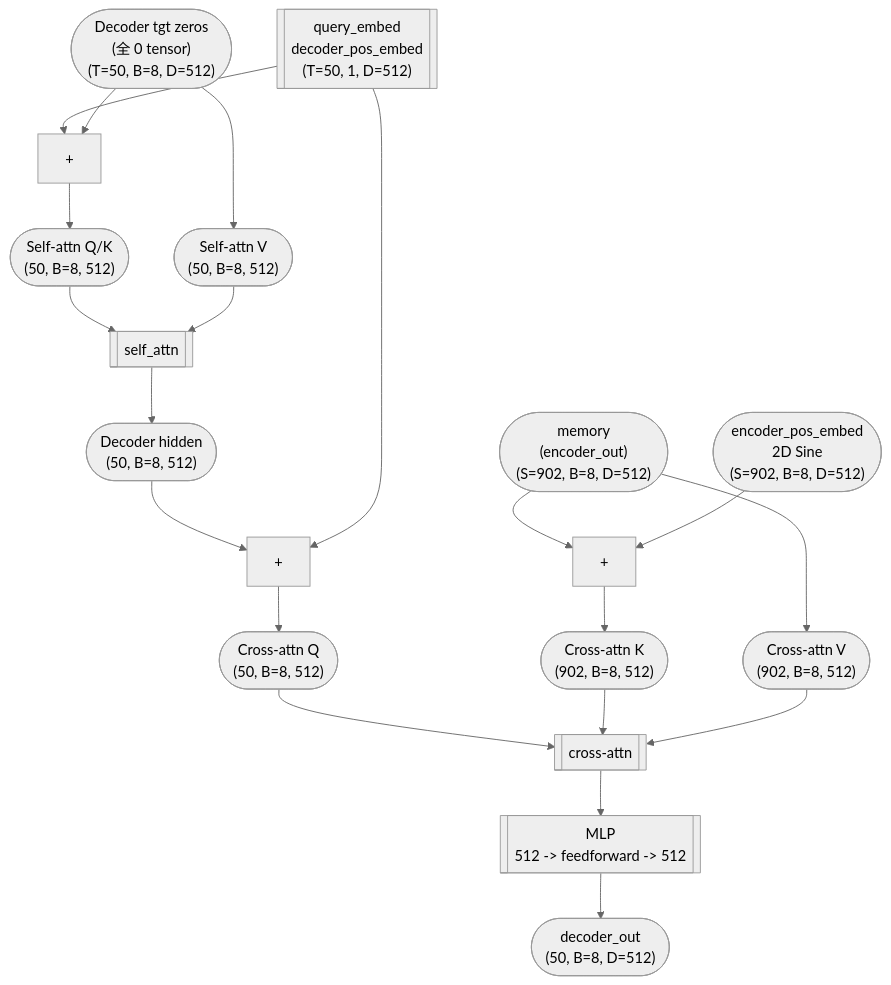
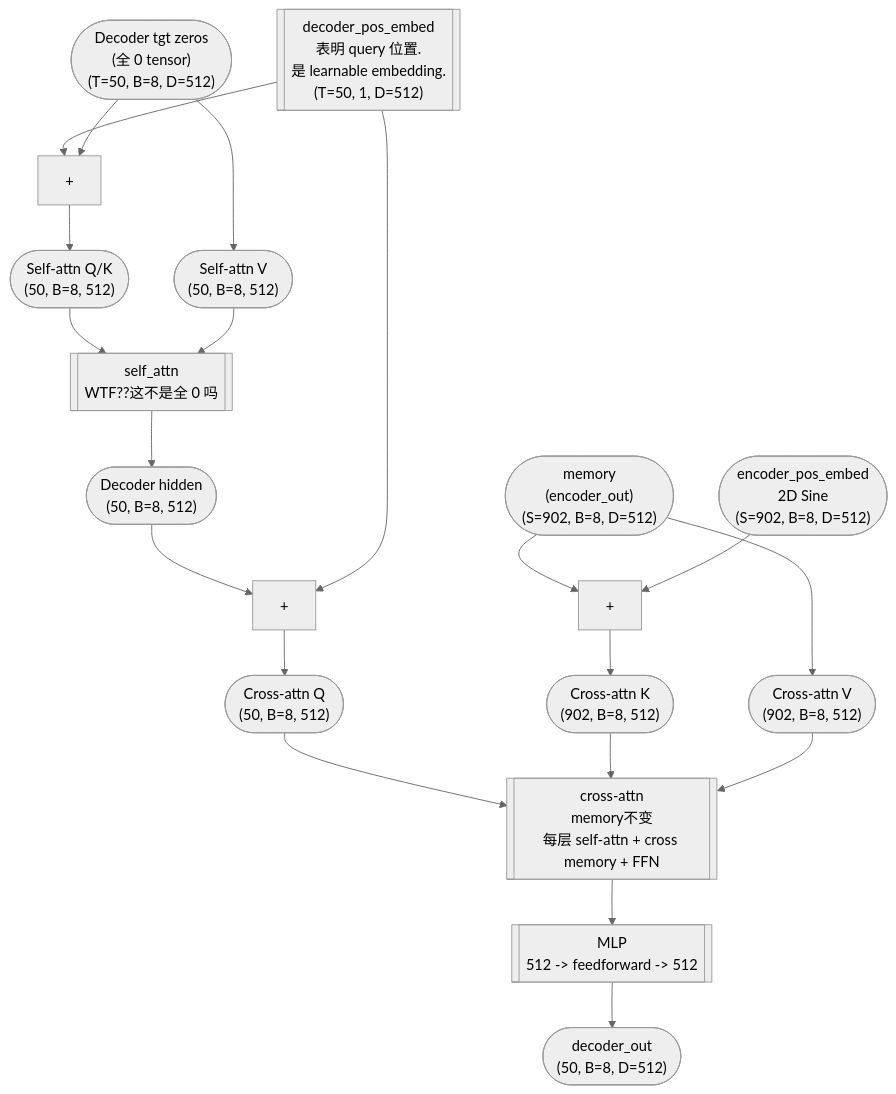
The third of 3 diagrams in 25/01/act.md (julyfun/how-to), drawn with Mermaid (neutral theme) before and after one commit.

Commit message:
M 25/01/act.md

````diff
--- a/25/01/act.md
+++ b/25/01/act.md
@@ -128,26 +128,26 @@
 ```mermaid
 flowchart TD
     tgt(["Decoder tgt zeros<br>(全 0 tensor)<br>(T=50, B=8, D=512)"])
-    query[["query_embed<br/>decoder_pos_embed<br/>(T=50, 1, D=512)"]] --> selfqk["+"]
+    query[["decoder_pos_embed<br>表明 query 位置.<br>是 learnable embedding.<br>(T=50, 1, D=512)"]] --> selfqk["+"]
     tgt --> selfqk
     selfqk --> selfq(["Self-attn Q/K<br/>(50, B=8, 512)"])
     tgt --> selfv(["Self-attn V<br/>(50, B=8, 512)"])
-    selfq --> selfattn[["self_attn"]]
+    selfq --> selfattn[["self_attn<br>WTF??这不是全 0 吗"]]
     selfv --> selfattn
     selfattn --> x1(["Decoder hidden<br/>(50, B=8, 512)"])
 
     x1 --> crossqadd["+"]
     query --> crossqadd
     crossqadd --> crossq(["Cross-attn Q<br/>(50, B=8, 512)"])
 
     mem(["memory<br/>(encoder_out)<br/>(S=902, B=8, D=512)"]) --> crosskadd["+"]
     pos(["encoder_pos_embed<br>2D Sine<br>(S=902, B=8, D=512)"]) --> crosskadd
     crosskadd --> crossk(["Cross-attn K<br/>(902, B=8, 512)"])
     mem --> crossv(["Cross-attn V<br/>(902, B=8, 512)"])
 
-    crossq --> crossattn[["cross-attn"]]
+    crossq --> crossattn[["cross-attn<br>memory不变<br>每层 self-attn + cross memory + FFN"]]
     crossk --> crossattn
     crossv --> crossattn
     crossattn --> ff[["MLP<br/>512 -> feedforward -> 512"]]
     ff --> out(["decoder_out<br/>(50, B=8, D=512)"])
 ```
````
